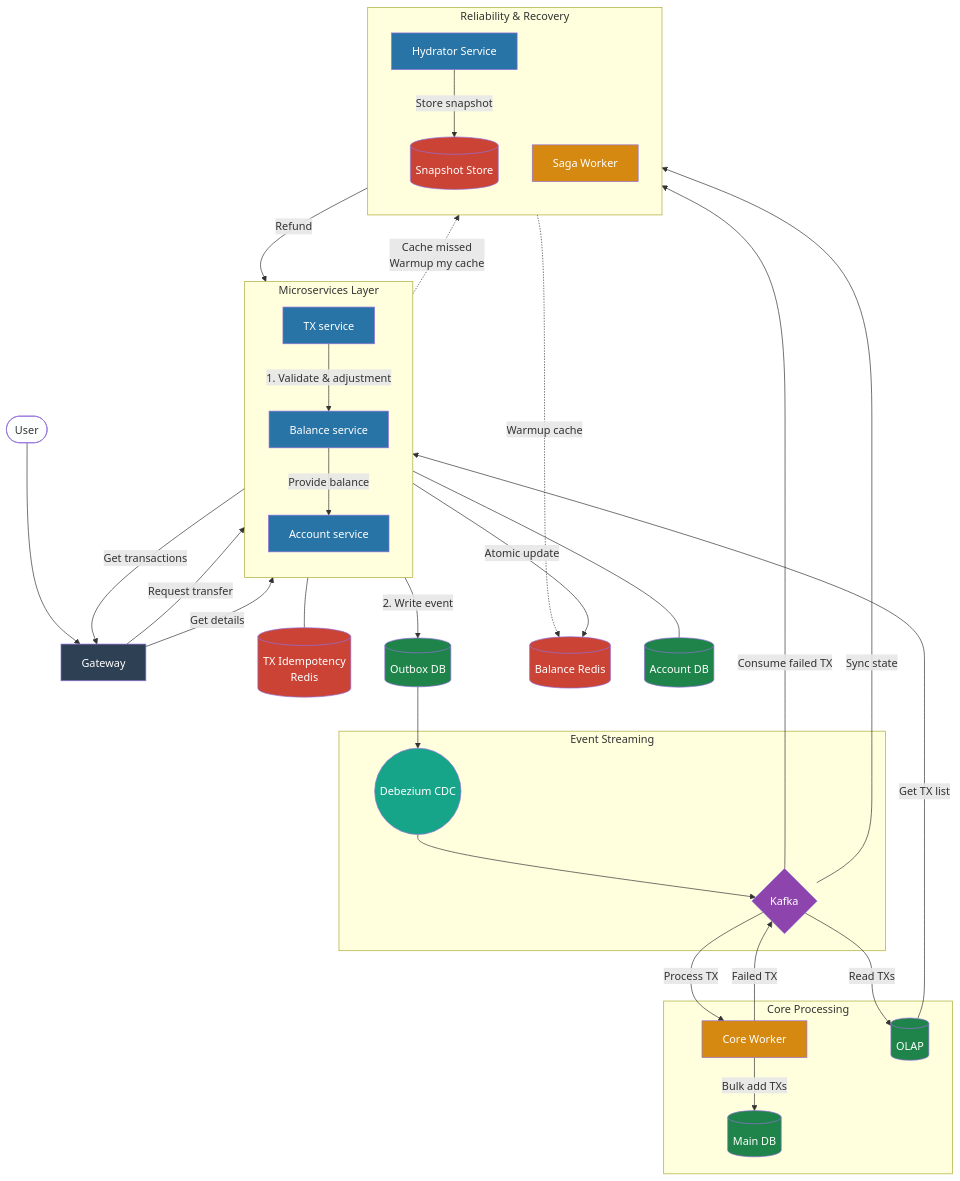
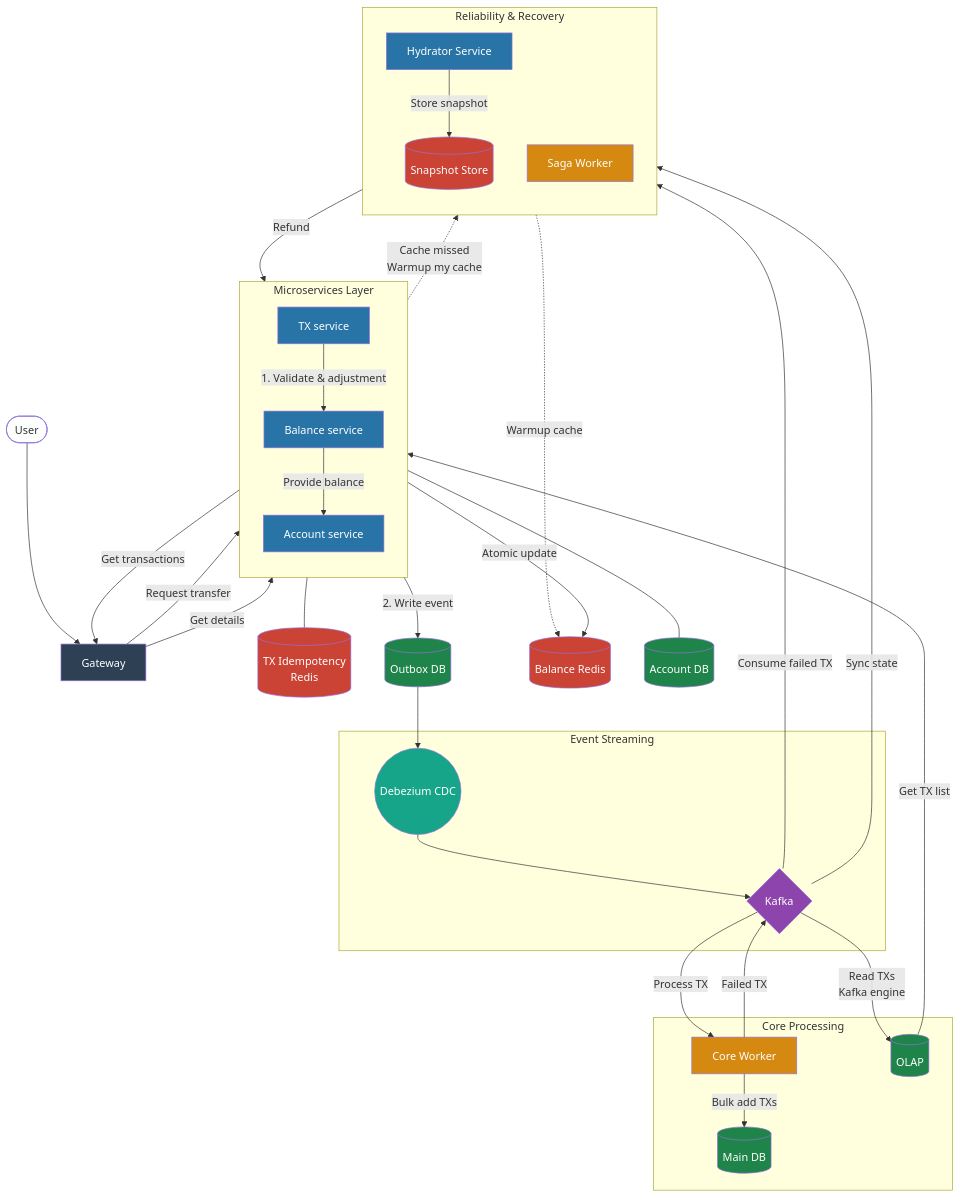
Before and after one commit to kadsin/banking-system: the sixth of 6 diagrams in README.md, drawn with Mermaid. The commit also changed other lines of this file, not shown here.

Commit message:
docs(README): Add scaling note

````diff
--- a/README.md
+++ b/README.md
@@ -96,69 +97,69 @@
 ```mermaid
 graph TD
     classDef actor fill:#fdfefe;
     classDef gateway fill:#2e4053,color:#fff;
     classDef service fill:#2874a6,color:#fff;
     classDef database fill:#1e8449,color:#fff;
     classDef queue fill:#8e44ad,color:#fff;
     classDef cache fill:#cb4335,color:#fff;
     classDef worker fill:#d68910,color:#fff;
     classDef cdc fill:#17a589,color:#fff;
 
     User([User]):::actor --> GW[Gateway]:::gateway
 
     subgraph Services [Microservices Layer]
         direction TB
         TX[TX service]:::service
         Bal[Balance service]:::service
         Acc[Account service]:::service
     end
 
     GW -->|Request transfer| TX
     TX -->|Get transactions| GW
     Bal -->|Provide balance| Acc
     GW -->|Get details| Acc
 
     TX --- TXRedis[(TX Idempotency<br/>Redis)]:::cache
     TX -->|1. Validate & adjustment| Bal
     TX -->|2. Write event| Outbox[(Outbox DB)]:::database
 
     Bal -->|Atomic update| BalRedis[(Balance Redis)]:::cache
     Bal -.->|Cache missed<br>Warmup my cache| Hyd
 
     subgraph AsyncStreaming [Event Streaming]
         CDC((Debezium CDC)):::cdc
         Kafka{Kafka}:::queue
     end
 
     Outbox --> CDC
     CDC --> Kafka
 
     subgraph CoreSystem [Core Processing]
         Core[Core Worker]:::worker
         MainDB[(Main DB)]:::database
         AnalyticsDB[(OLAP)]:::database
     end
 
-    Kafka -->|Read TXs| AnalyticsDB
+    Kafka -->|Read TXs<br>Kafka engine| AnalyticsDB
     AnalyticsDB -->|Get TX list| TX
 
     Kafka -->|Process TX| Core
     Core -->|Bulk add TXs| MainDB
     Core -->|Failed TX| Kafka
 
     subgraph Reliability [Reliability & Recovery]
         direction TB
         Rec[Saga Worker]:::worker
         Hyd[Hydrator Service]:::service
         HydStore[(Snapshot Store)]:::cache
     end
 
     Kafka -->|Consume failed TX| Rec
     Rec -->|Refund| Bal
 
     Kafka -->|Sync state| Hyd
     Hyd -->|Store snapshot| HydStore
     Hyd -.->|Warmup cache| BalRedis
 
     Acc --- AccDB[(Account DB)]:::database
 ```
````
